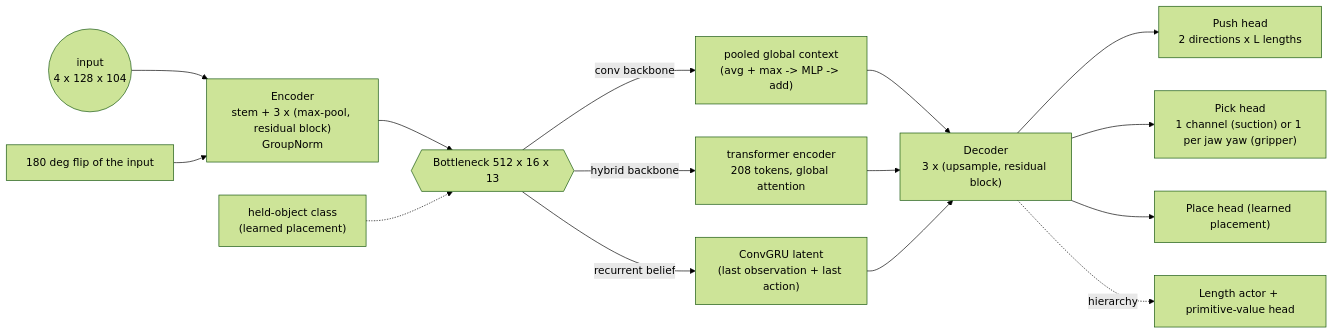
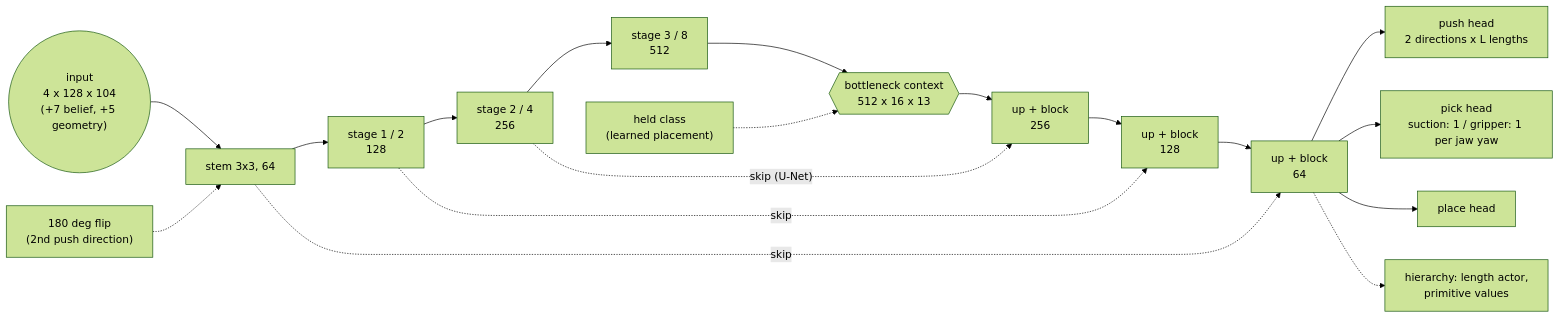
The third of 8 diagrams in README.md (alessandropalleschi/Learning2Rearrange), drawn with Mermaid (forest theme) before and after one commit. The commit also changed other lines of this file and 6 other files, not shown here.

Commit message:
README: agents and networks (dense variants, object-centric agent), DAgger and demo annealing, benchmark and closed-loop results; figures of the scene, episode, observation and Q-maps (scripts/make_figures.py)

````diff
--- a/README.md
+++ b/README.md
@@ -161,17 +194,16 @@
 ```mermaid
 flowchart LR
-    X(("input<br/>4 x 128 x 104")) --> ENC["Encoder<br/>stem + 3 x (max-pool, residual block)<br/>GroupNorm"]
-    FX["180 deg flip of the input"] --> ENC
-    ENC --> BN{{"Bottleneck 512 x 16 x 13"}}
-    BN -->|conv backbone| GC["pooled global context<br/>(avg + max -> MLP -> add)"]
-    BN -->|hybrid backbone| TR["transformer encoder<br/>208 tokens, global attention"]
-    BN -->|recurrent belief| GRU["ConvGRU latent<br/>(last observation + last action)"]
-    GC --> DEC
-    TR --> DEC
-    GRU --> DEC["Decoder<br/>3 x (upsample, residual block)"]
-    HELD["held-object class<br/>(learned placement)"] -.-> BN
-    DEC --> PH["Push head<br/>2 directions x L lengths"]
-    DEC --> KH["Pick head<br/>1 channel (suction) or 1 per jaw yaw (gripper)"]
-    DEC --> LH["Place head (learned placement)"]
-    DEC -.hierarchy.-> AH["Length actor + primitive-value head"]
+    X(("input<br/>4 x 128 x 104<br/>(+7 belief, +5 geometry)")) --> STEM["stem 3x3, 64"]
+    FX["180 deg flip<br/>(2nd push direction)"] -.-> STEM
+    STEM --> E1["stage 1 / 2<br/>128"] --> E2["stage 2 / 4<br/>256"] --> E3["stage 3 / 8<br/>512"]
+    E3 --> CTX{{"bottleneck context<br/>512 x 16 x 13"}}
+    HELD["held class<br/>(learned placement)"] -.-> CTX
+    CTX --> D3["up + block<br/>256"] --> D2["up + block<br/>128"] --> D1["up + block<br/>64"]
+    E2 -. "skip (U-Net)" .-> D3
+    E1 -. "skip" .-> D2
+    STEM -. "skip" .-> D1
+    D1 --> PH["push head<br/>2 directions x L lengths"]
+    D1 --> KH["pick head<br/>suction: 1 / gripper: 1 per jaw yaw"]
+    D1 --> LH["place head"]
+    D1 -.-> AH["hierarchy: length actor,<br/>primitive values"]
 ```
````
